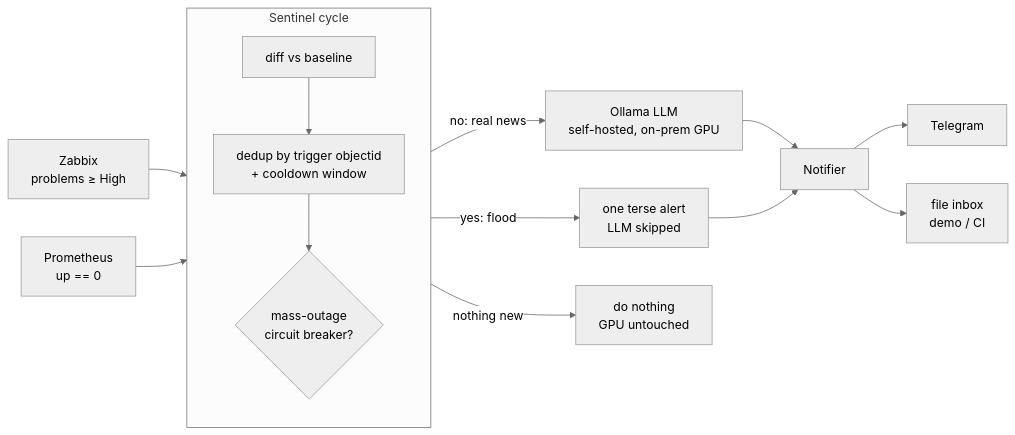
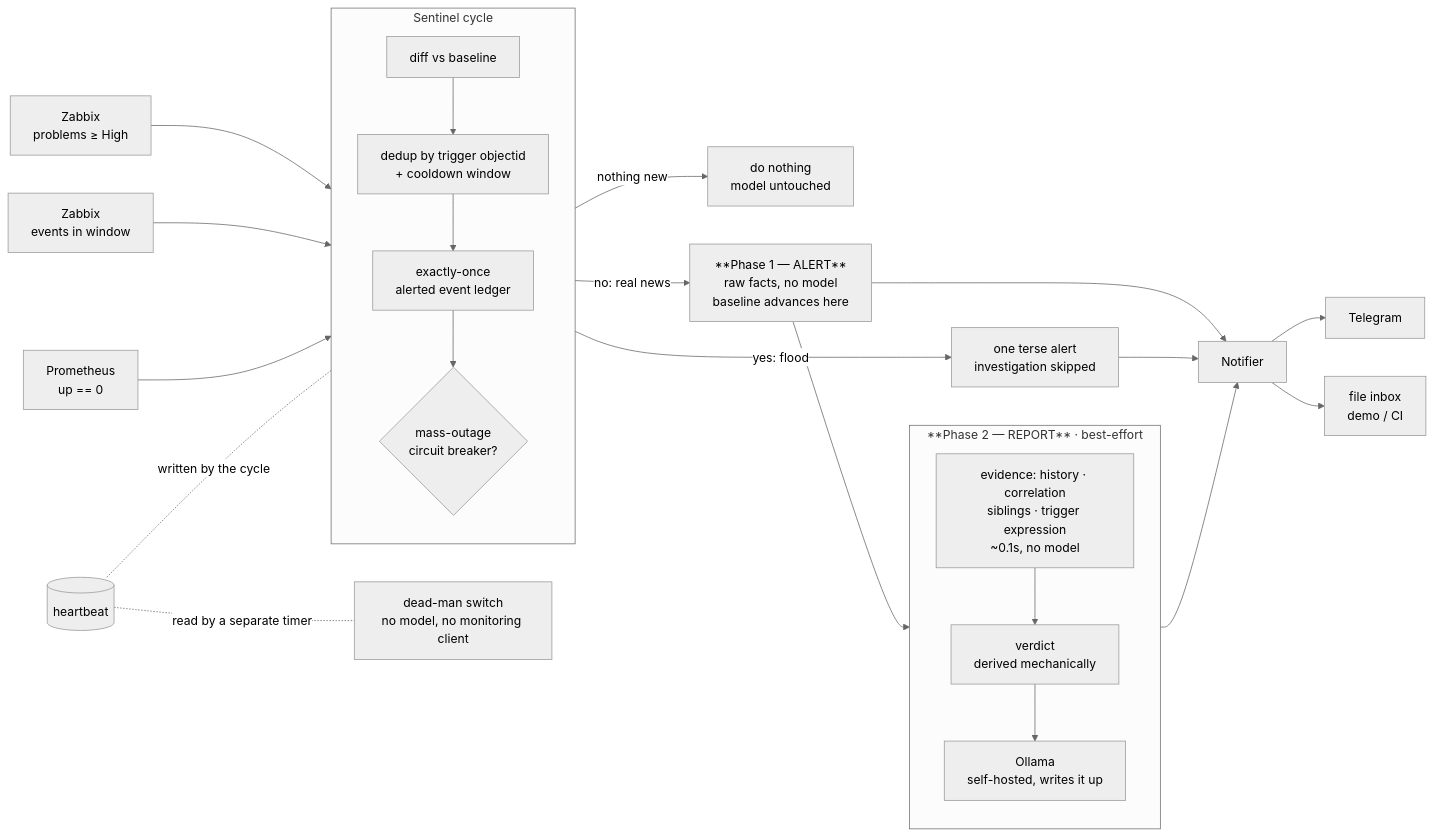
The diagram in README.md (msemino/infra-sentinel), drawn with Mermaid (neutral theme) before and after one commit. The commit also changed other lines of this file and 18 other files, not shown here.

````diff
--- a/README.md
+++ b/README.md
@@ -27,20 +33,32 @@
 ```mermaid
 flowchart LR
     ZBX[Zabbix<br/>problems ≥ High] --> W
+    ZBXW[Zabbix<br/>events in window] --> W
     PROM[Prometheus<br/>up == 0] --> W
 
     subgraph W[Sentinel cycle]
         direction TB
         DIFF[diff vs baseline] --> DEDUP[dedup by trigger objectid<br/>+ cooldown window]
-        DEDUP --> CB{mass-outage<br/>circuit breaker?}
+        DEDUP --> ONCE[exactly-once<br/>alerted event ledger]
+        ONCE --> CB{mass-outage<br/>circuit breaker?}
     end
 
-    CB -- "yes: flood" --> TERSE[one terse alert<br/>LLM skipped]
-    CB -- "no: real news" --> LLM[Ollama LLM<br/>self-hosted, on-prem GPU]
-    CB -- "nothing new" --> QUIET[do nothing<br/>GPU untouched]
+    CB -- "nothing new" --> QUIET[do nothing<br/>model untouched]
+    CB -- "yes: flood" --> TERSE[one terse alert<br/>investigation skipped]
+    CB -- "no: real news" --> P1
 
-    LLM --> NOTIFY
+    P1[**Phase 1 — ALERT**<br/>raw facts, no model<br/>baseline advances here] --> NOTIFY
+    P1 --> P2
+    subgraph P2[**Phase 2 — REPORT** · best-effort]
+        direction TB
+        EV[evidence: history · correlation<br/>siblings · trigger expression<br/>~0.1s, no model] --> V[verdict<br/>derived mechanically]
+        V --> LLM[Ollama<br/>self-hosted, writes it up]
+    end
+    P2 --> NOTIFY
     TERSE --> NOTIFY
     NOTIFY[Notifier] --> TG[Telegram]
     NOTIFY --> INBOX[file inbox<br/>demo / CI]
+
+    HB[(heartbeat)] -.written by the cycle.- W
+    HB -.read by a separate timer.- DM[dead-man switch<br/>no model, no monitoring client]
 ```
````
